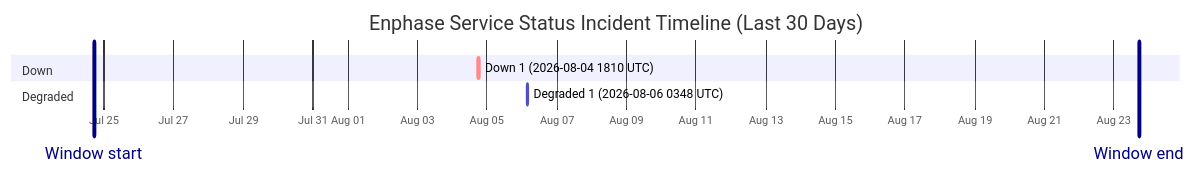
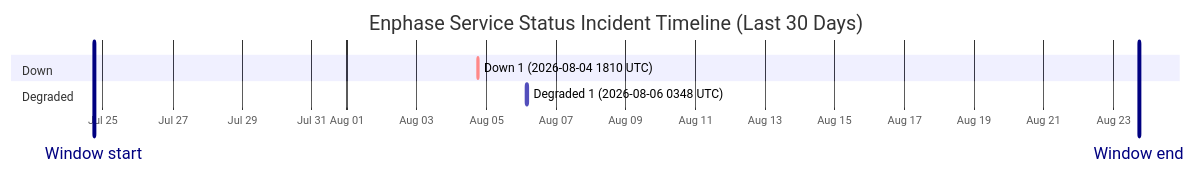
One commit to barneyonline/ha-enphase-energy changed the diagram in wiki/Service-Status-History.md. Above: the diagram before and after it, drawn with Mermaid. The commit also changed other lines of this file and 3 other files, not shown here.

````diff
--- a/wiki/Service-Status-History.md
+++ b/wiki/Service-Status-History.md
@@ -14,12 +14,12 @@
 ```mermaid
 gantt
     title Enphase Service Status Incident Timeline (Last 30 Days)
     dateFormat  YYYY-MM-DDTHH:mm:ss
     axisFormat  %b %d
-    Window start :vert, window-start, 2026-07-24T17:18:18, 0ms
-    Window end :vert, window-end, 2026-08-23T17:18:18, 0ms
+    Window start :vert, window-start, 2026-07-24T17:45:04, 0ms
+    Window end :vert, window-end, 2026-08-23T17:45:04, 0ms
     section Down
     Down 1 (2026-08-04 1810 UTC) :crit, down-1, 2026-08-04T18:10:46, 60m
     section Degraded
     Degraded 1 (2026-08-06 0348 UTC) :active, degraded-1, 2026-08-06T03:48:14, 60m
 ```
````
